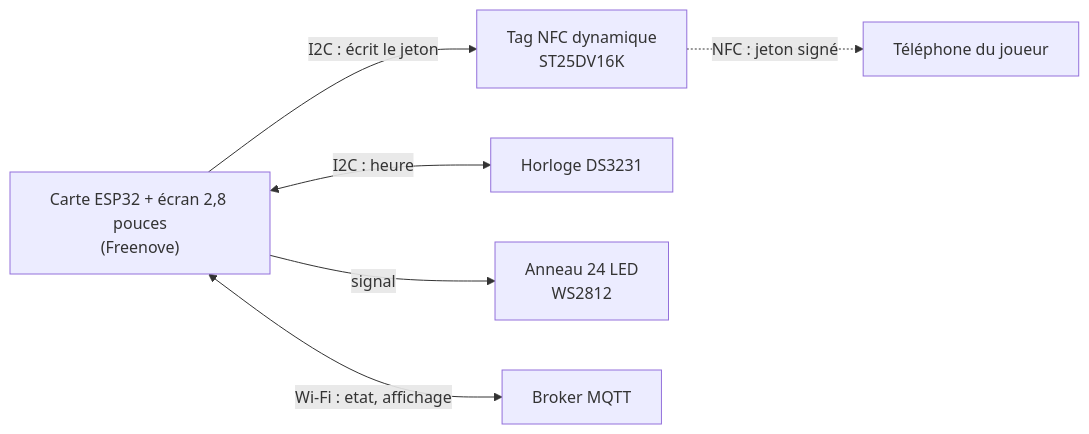
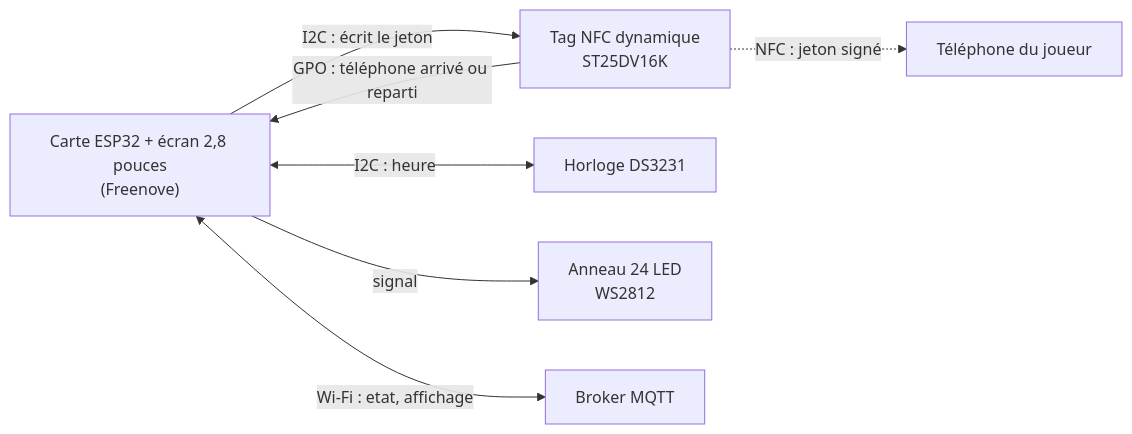
Before and after one commit to Scubatana/scubanion: the first of 2 diagrams in docs/borne-materiel.md, drawn with Mermaid. The commit also changed other lines of this file and 1 other file, not shown here.

First line of the commit message:
docs: protection, détection du téléphone et format du tag NFC des bornes

````diff
--- a/docs/borne-materiel.md
+++ b/docs/borne-materiel.md
@@ -11,14 +11,15 @@
 ```mermaid
 flowchart LR
   ESP["Carte ESP32 + écran 2,8 pouces<br/>(Freenove)"]
   NFC["Tag NFC dynamique<br/>ST25DV16K"]
   RTC["Horloge DS3231"]
   LED["Anneau 24 LED<br/>WS2812"]
   TEL["Téléphone du joueur"]
   BROKER["Broker MQTT"]
   ESP -->|I2C : écrit le jeton| NFC
+  NFC -->|GPO : téléphone arrivé ou reparti| ESP
   ESP <-->|I2C : heure| RTC
   ESP -->|signal| LED
   NFC -.->|NFC : jeton signé| TEL
   ESP <-->|Wi-Fi : etat, affichage| BROKER
 ```
````
